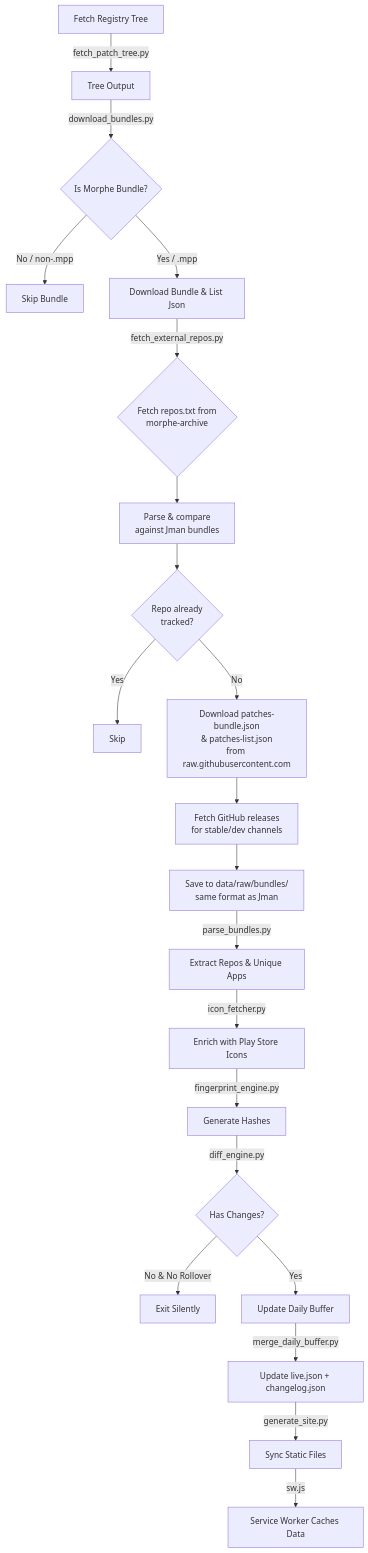
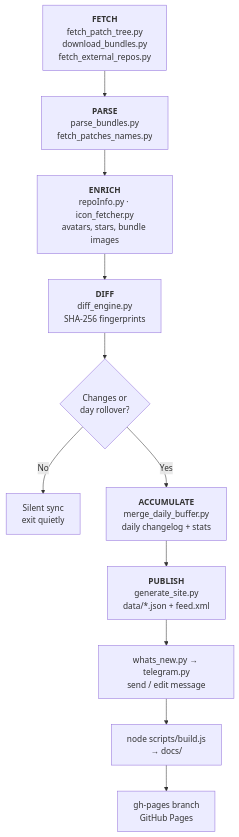
One commit to drnx64/morphe-track-patches changed the diagram in README.md. Above: the diagram before and after it, drawn with Mermaid. The commit also changed other lines of this file, not shown here.

First line of the commit message:
docs: rewrite README to match the real stack and credit every patch source

````diff
--- a/README.md
+++ b/README.md
@@ -140,23 +189,13 @@
 ```mermaid
 graph TD
-    A[Fetch Registry Tree] -->|fetch_patch_tree.py| B[Tree Output]
-    B -->|download_bundles.py| C{Is Morphe Bundle?}
-    C -->|No / non-.mpp| D[Skip Bundle]
-    C -->|Yes / .mpp| E[Download Bundle & List Json]
-    E -->|fetch_external_repos.py| E1{Fetch repos.txt from<br/>morphe-archive}
-    E1 --> E2[Parse & compare<br/>against Jman bundles]
-    E2 --> E3{Repo already<br/>tracked?}
-    E3 -->|Yes| E4[Skip]
-    E3 -->|No| E5[Download patches-bundle.json<br/>& patches-list.json<br/>from raw.githubusercontent.com]
-    E5 --> E6[Fetch GitHub releases<br/>for stable/dev channels]
-    E6 --> E7[Save to data/raw/bundles/<br/>same format as Jman]
-    E7 -->|parse_bundles.py| F[Extract Repos & Unique Apps]
-    F -->|icon_fetcher.py| G[Enrich with Play Store Icons]
-    G -->|fingerprint_engine.py| H[Generate Hashes]
-    H -->|diff_engine.py| I{Has Changes?}
-    I -->|No & No Rollover| J[Exit Silently]
-    I -->|Yes| K[Update Daily Buffer]
-    K -->|merge_daily_buffer.py| L[Update live.json + changelog.json]
-    L -->|generate_site.py| N[Sync Static Files]
-    N -->|sw.js| O[Service Worker Caches Data]
+    A["<b>FETCH</b><br/>fetch_patch_tree.py<br/>download_bundles.py<br/>fetch_external_repos.py"] --> B["<b>PARSE</b><br/>parse_bundles.py<br/>fetch_patches_names.py"]
+    B --> C["<b>ENRICH</b><br/>repoInfo.py · icon_fetcher.py<br/>avatars, stars, bundle images"]
+    C --> D["<b>DIFF</b><br/>diff_engine.py<br/>SHA-256 fingerprints"]
+    D --> E{Changes or<br/>day rollover?}
+    E -->|No| F["Silent sync<br/>exit quietly"]
+    E -->|Yes| G["<b>ACCUMULATE</b><br/>merge_daily_buffer.py<br/>daily changelog + stats"]
+    G --> H["<b>PUBLISH</b><br/>generate_site.py<br/>data/*.json + feed.xml"]
+    H --> I["whats_new.py → telegram.py<br/>send / edit message"]
+    I --> J["node scripts/build.js<br/>→ docs/"]
+    J --> K["gh-pages branch<br/>GitHub Pages"]
 ```
````
